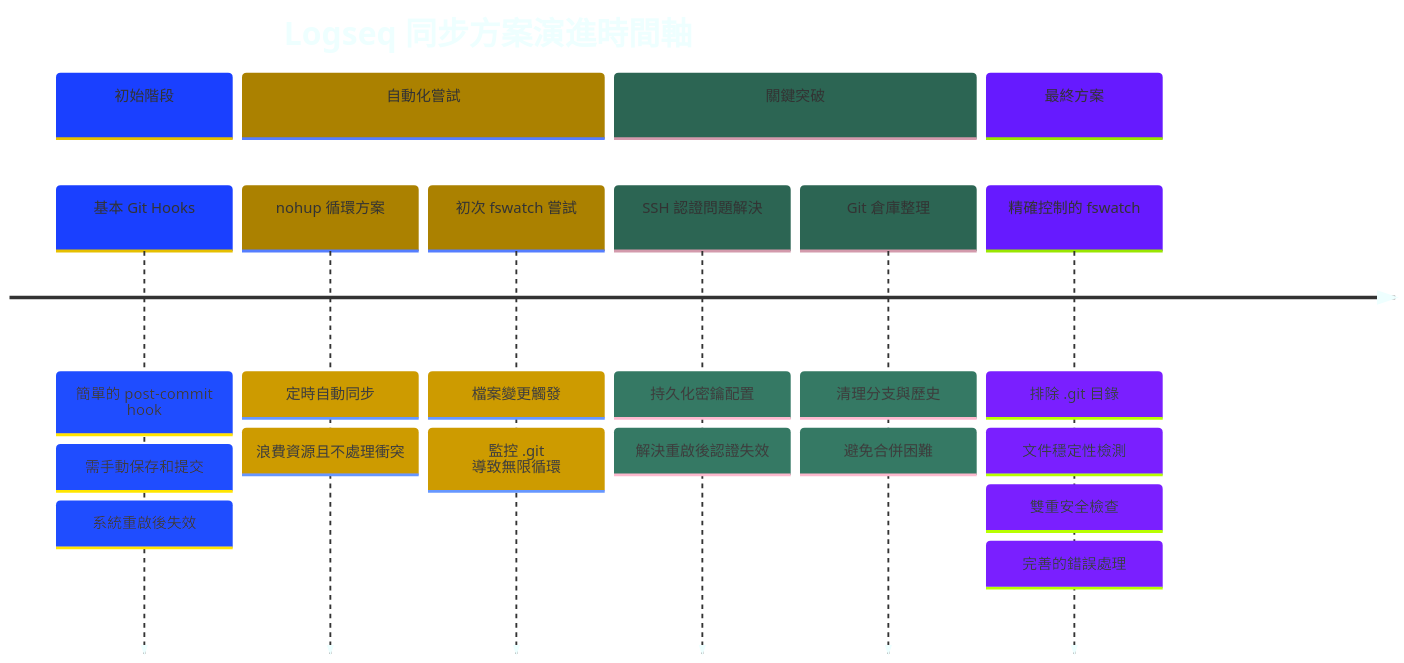
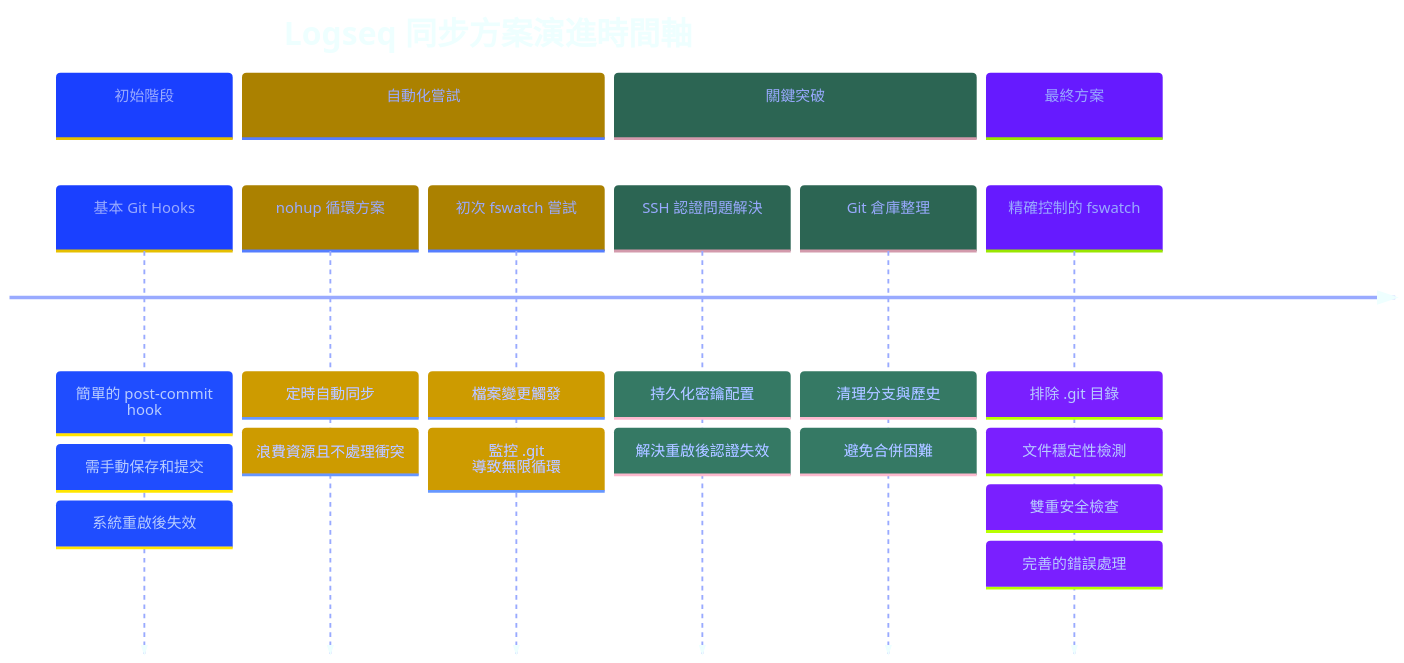
One commit to GengGeng026/Sync-Logseq changed the first of 2 diagrams in Logseq同步方案演進記錄.md. Above: the diagram before and after it, drawn with Mermaid.

Commit message:
Auto-sync: Wed Mar 26 09:18:54 +08 2025

````diff
--- a/Logseq同步方案演進記錄.md
+++ b/Logseq同步方案演進記錄.md
@@ -24,44 +24,44 @@
 ```mermaid
 %%{init: {
   'theme': 'base', 
   'themeVariables': {
     'primaryColor': '#99AAFF',
     'secondaryColor': '#FFCB2B',
     'tertiaryColor': '#59B79A',
-    'primaryTextColor': '',
+    'primaryTextColor': '#99AAFF',
     'primaryBorderColor': '#59B79A',
     'lineColor': '#C792EA',
     'background': 'transparent',
     'textColor': '#EEFFFF',
     'nodeBorder': '#59B79A',
     'clusterBkg': 'transparent',
     'titleColor': '#EEFFFF',
     'sectionBkgColor': '#273747',
     'sectionBkgColor2': '#334455',
     'sectionBkgColor3': '#3A4A5A',
     'sectionBkgColor4': '#42546A',
     'sectionBkgColor5': '#4B5E78'
   }
 }}%%
 timeline
     title Logseq 同步方案演進時間軸
     section 初始階段
         基本 Git Hooks : 簡單的 post-commit hook
         : 需手動保存和提交
         : 系統重啟後失效
     section 自動化嘗試
         nohup 循環方案 : 定時自動同步
         : 浪費資源且不處理衝突
         初次 fswatch 嘗試 : 檔案變更觸發
         : 監控 .git 導致無限循環
     section 關鍵突破
         SSH 認證問題解決 : 持久化密鑰配置
         : 解決重啟後認證失效
         Git 倉庫整理 : 清理分支與歷史
         : 避免合併困難
     section 最終方案
         精確控制的 fswatch : 排除 .git 目錄
         : 文件穩定性檢測
         : 雙重安全檢查
         : 完善的錯誤處理
 ```
````
